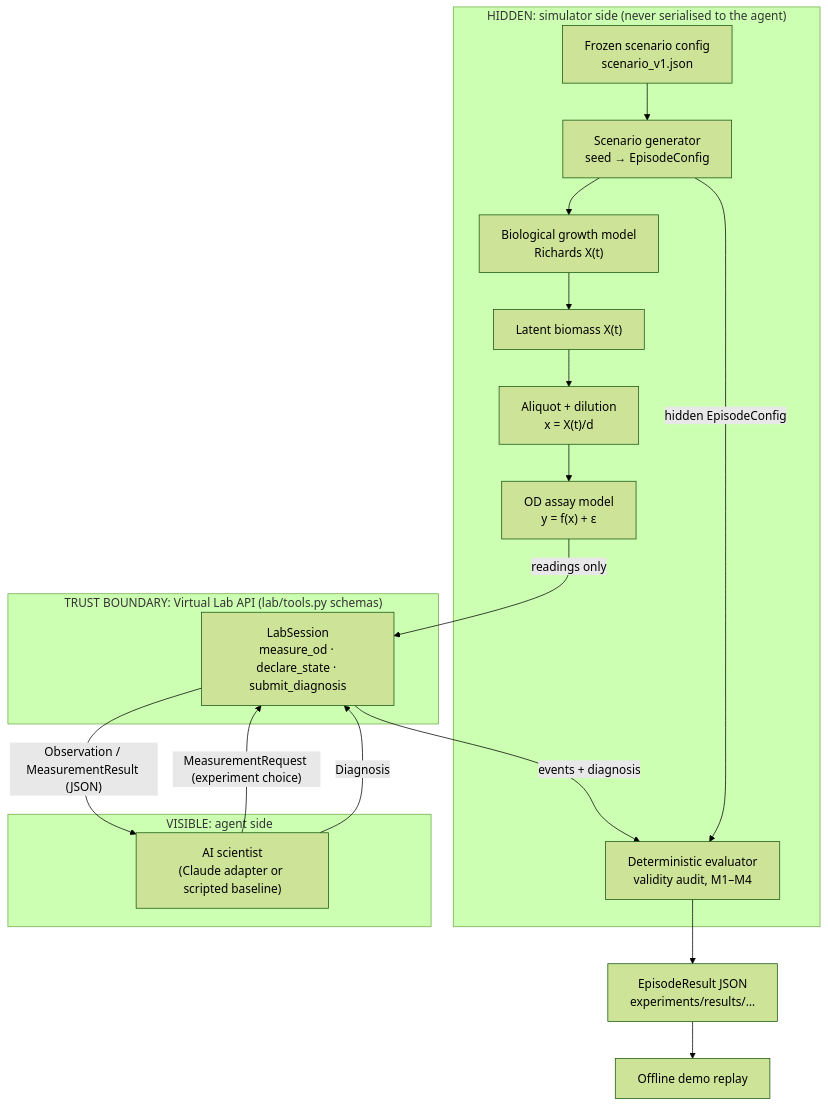
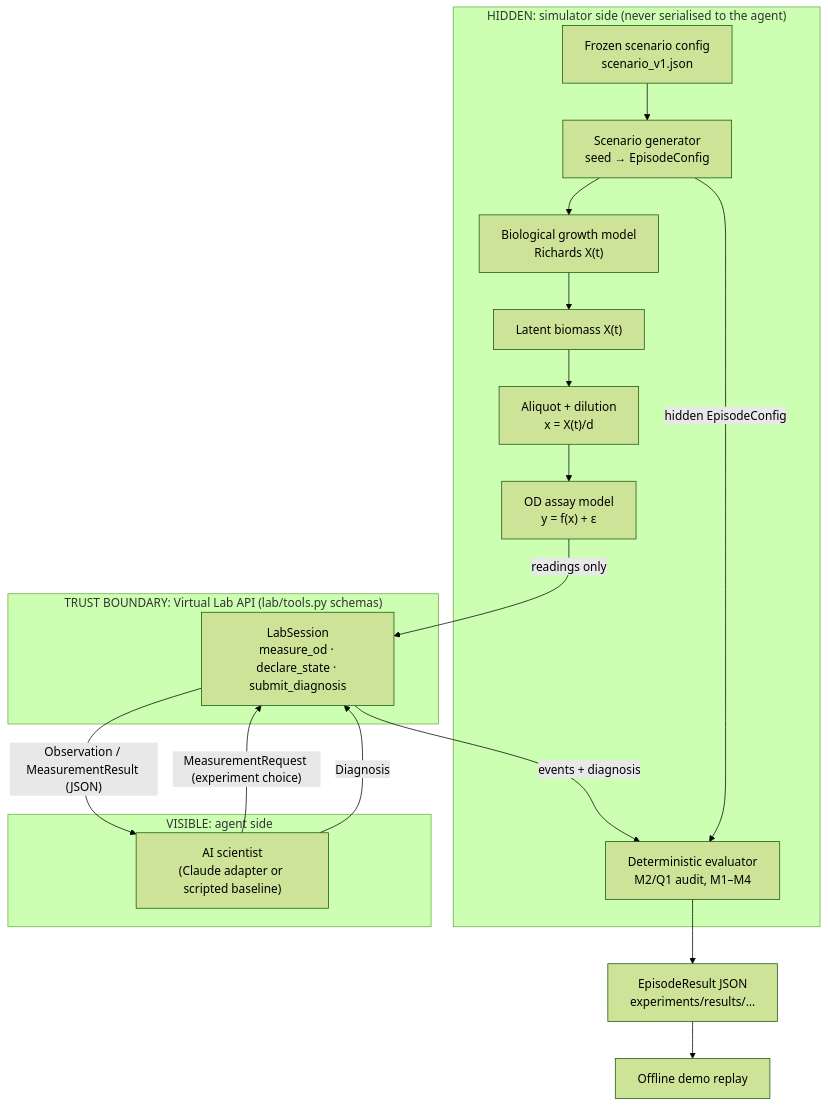
The diagram in docs/mirage-bio/DESIGN.md (Pimentellll/originator-science), drawn with Mermaid (forest theme) before and after one commit. The commit also changed other lines of this file and 12 other files, not shown here.

````diff
--- a/docs/mirage-bio/DESIGN.md
+++ b/docs/mirage-bio/DESIGN.md
@@ -36,25 +36,25 @@
 ```mermaid
 flowchart TD
     subgraph HIDDEN["HIDDEN: simulator side (never serialised to the agent)"]
         CFG["Frozen scenario config<br/>scenario_v1.json"] --> GEN["Scenario generator<br/>seed → EpisodeConfig"]
         GEN --> BIO["Biological growth model<br/>Richards X(t)"]
         BIO --> X["Latent biomass X(t)"]
         X --> DIL["Aliquot + dilution<br/>x = X(t)/d"]
         DIL --> ASSAY["OD assay model<br/>y = f(x) + ε"]
-        EVAL["Deterministic evaluator<br/>validity audit, M1–M4"]
+        EVAL["Deterministic evaluator<br/>M2/Q1 audit, M1–M4"]
     end
     subgraph BOUNDARY["TRUST BOUNDARY: Virtual Lab API (lab/tools.py schemas)"]
         API["LabSession<br/>measure_od · declare_state · submit_diagnosis"]
     end
     subgraph VISIBLE["VISIBLE: agent side"]
         AG["AI scientist<br/>(Claude adapter or scripted baseline)"]
     end
     ASSAY -- "readings only" --> API
     API -- "Observation / MeasurementResult (JSON)" --> AG
     AG -- "MeasurementRequest (experiment choice)" --> API
     AG -- "Diagnosis" --> API
     API -- "events + diagnosis" --> EVAL
     GEN -- "hidden EpisodeConfig" --> EVAL
     EVAL --> REC["EpisodeResult JSON<br/>experiments/results/…"]
     REC --> REPLAY["Offline demo replay"]
 ```
````
